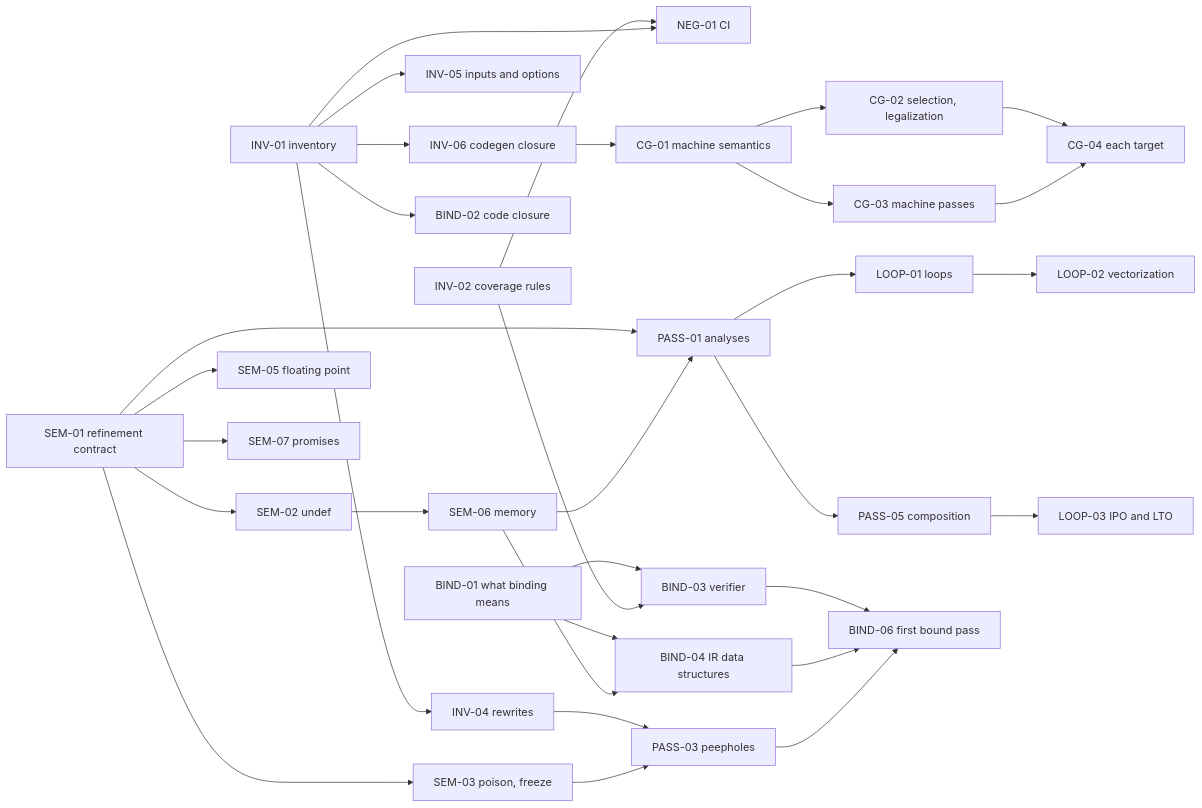
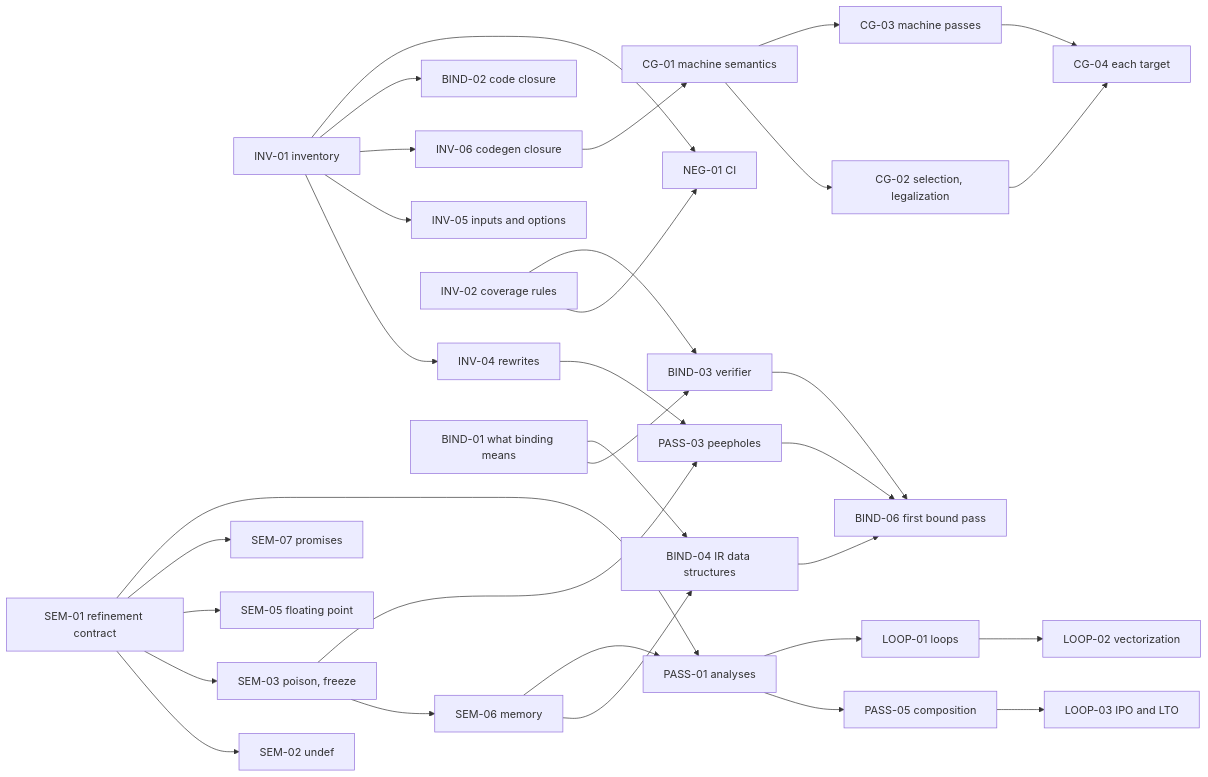
One commit to phongndo/ir-lean changed the diagram in docs/llvm-verification-tasks.md. Above: the diagram before and after it, drawn with Mermaid. The commit also changed other lines of this file and 70 other files, not shown here.

````diff
--- a/docs/llvm-verification-tasks.md
+++ b/docs/llvm-verification-tasks.md
@@ -132,34 +133,34 @@
 ```mermaid
 flowchart LR
   INV01[INV-01 inventory] --> INV04[INV-04 rewrites]
   INV01 --> INV05[INV-05 inputs and options]
   INV01 --> INV06[INV-06 codegen closure]
   INV01 --> BIND02[BIND-02 code closure]
   INV02[INV-02 coverage rules] --> NEG01[NEG-01 CI]
   INV01 --> NEG01
   SEM01[SEM-01 refinement contract] --> SEM02[SEM-02 undef]
   SEM01 --> SEM03[SEM-03 poison, freeze]
   SEM01 --> SEM05[SEM-05 floating point]
-  SEM02 --> SEM06[SEM-06 memory]
+  SEM03 --> SEM06[SEM-06 memory]
   SEM01 --> SEM07[SEM-07 promises]
   BIND01[BIND-01 what binding means] --> BIND03[BIND-03 verifier]
   INV02 --> BIND03
   BIND01 --> BIND04[BIND-04 IR data structures]
   SEM06 --> BIND04
   SEM01 --> PASS01[PASS-01 analyses]
   SEM06 --> PASS01
   INV04 --> PASS03[PASS-03 peepholes]
   SEM03 --> PASS03
   PASS01 --> PASS05[PASS-05 composition]
   PASS01 --> LOOP01[LOOP-01 loops]
   LOOP01 --> LOOP02[LOOP-02 vectorization]
   PASS05 --> LOOP03[LOOP-03 IPO and LTO]
   INV06 --> CG01[CG-01 machine semantics]
   CG01 --> CG02[CG-02 selection, legalization]
   CG01 --> CG03[CG-03 machine passes]
   CG02 --> CG04[CG-04 each target]
   CG03 --> CG04
   BIND03 --> BIND06[BIND-06 first bound pass]
   BIND04 --> BIND06
   PASS03 --> BIND06
 ```
````
